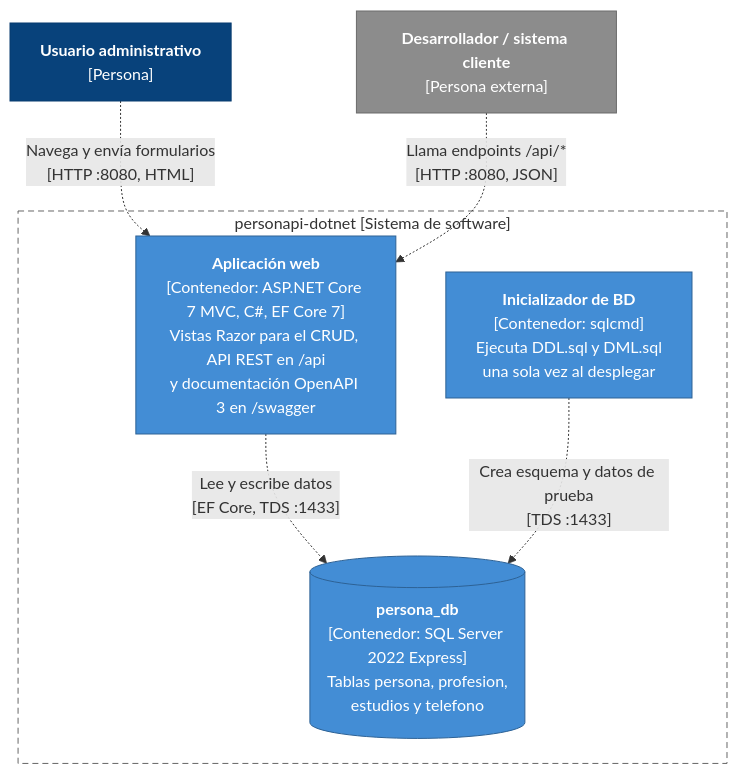
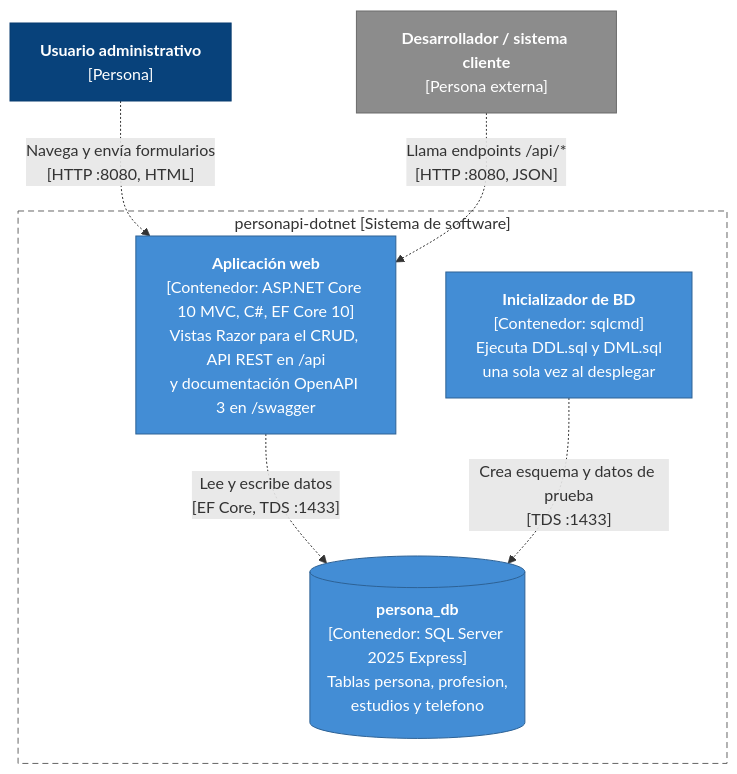
One commit to KatheBravo/personapi-dotnet changed the second of 6 diagrams in docs/arquitectura-c4.md. Above: the diagram before and after it, drawn with Mermaid. The commit also changed other lines of this file and 2 other files, not shown here.

First line of the commit message:
docs: versiones actualizadas en README y diagramas C4

````diff
--- a/docs/arquitectura-c4.md
+++ b/docs/arquitectura-c4.md
@@ -45,24 +45,24 @@
 ```mermaid
 flowchart TB
     usuario["<b>Usuario administrativo</b><br/>[Persona]"]
     cliente["<b>Desarrollador / sistema cliente</b><br/>[Persona externa]"]
 
     subgraph sis ["personapi-dotnet [Sistema de software]"]
-        web["<b>Aplicación web</b><br/>[Contenedor: ASP.NET Core 7 MVC, C#, EF Core 7]<br/>Vistas Razor para el CRUD, API REST en /api<br/>y documentación OpenAPI 3 en /swagger"]
+        web["<b>Aplicación web</b><br/>[Contenedor: ASP.NET Core 10 MVC, C#, EF Core 10]<br/>Vistas Razor para el CRUD, API REST en /api<br/>y documentación OpenAPI 3 en /swagger"]
         init["<b>Inicializador de BD</b><br/>[Contenedor: sqlcmd]<br/>Ejecuta DDL.sql y DML.sql<br/>una sola vez al desplegar"]
-        db[("<b>persona_db</b><br/>[Contenedor: SQL Server 2022 Express]<br/>Tablas persona, profesion,<br/>estudios y telefono")]
+        db[("<b>persona_db</b><br/>[Contenedor: SQL Server 2025 Express]<br/>Tablas persona, profesion,<br/>estudios y telefono")]
     end
 
     usuario -. "Navega y envía formularios<br/>[HTTP :8080, HTML]" .-> web
     cliente -. "Llama endpoints /api/*<br/>[HTTP :8080, JSON]" .-> web
     web -. "Lee y escribe datos<br/>[EF Core, TDS :1433]" .-> db
     init -. "Crea esquema y datos de prueba<br/>[TDS :1433]" .-> db
 
     classDef persona fill:#08427B,stroke:#073B6F,color:#fff
     classDef externo fill:#8C8C8C,stroke:#6B6B6B,color:#fff
     classDef contenedor fill:#438DD5,stroke:#2E6295,color:#fff
     class usuario persona
     class cliente externo
     class web,init,db contenedor
     style sis fill:#ffffff,stroke:#666666,stroke-dasharray:6 4
 ```
````
